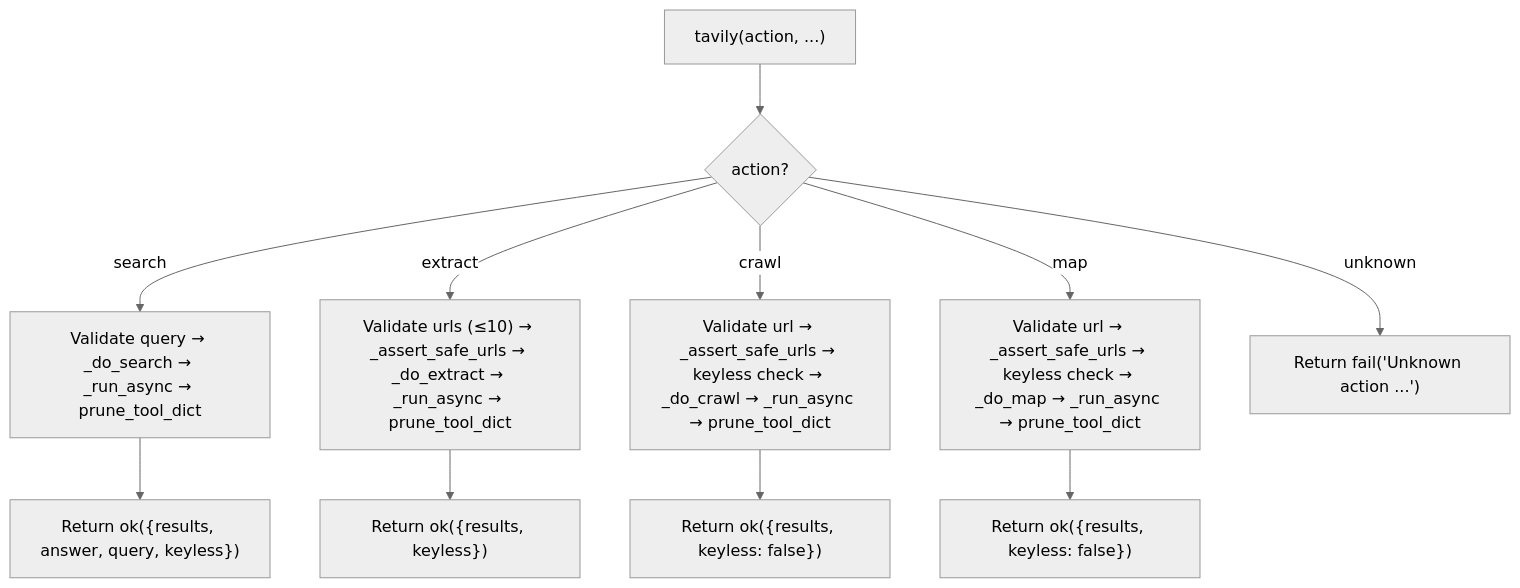
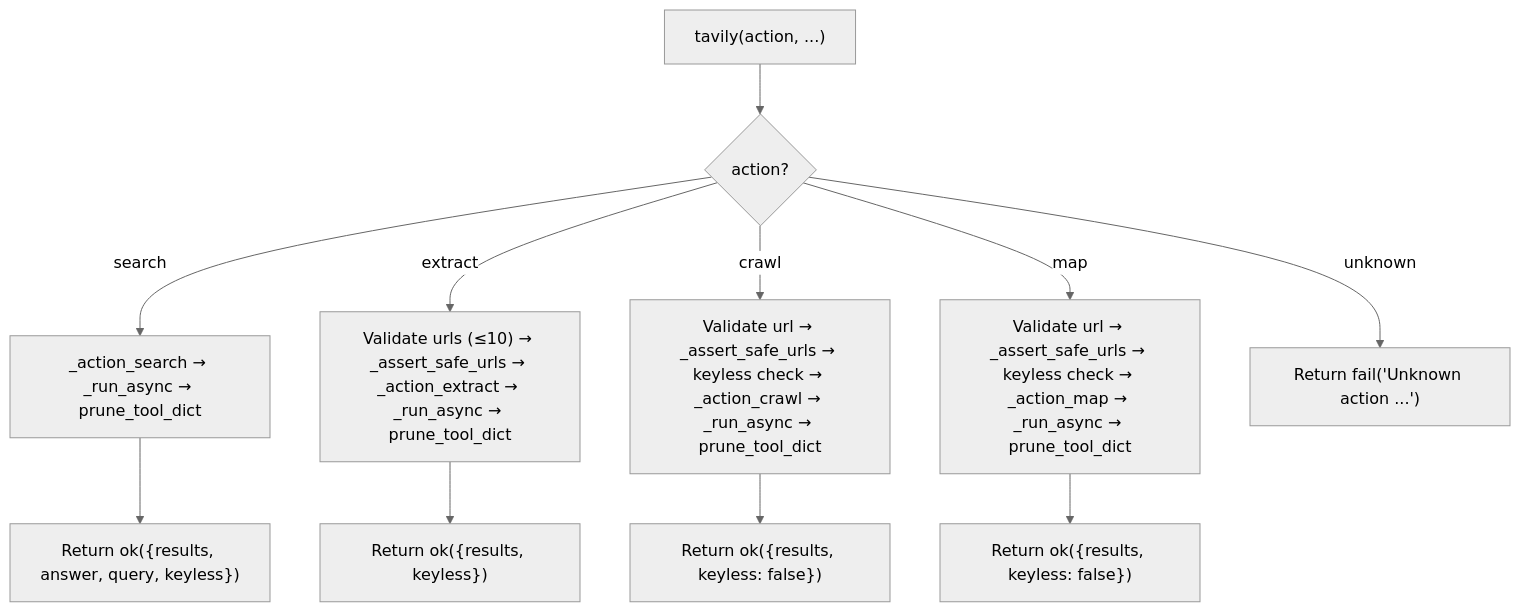
The diagram in docs/tools/TAVILY.md (brunogcar/agent), drawn with Mermaid (neutral theme) before and after one commit. The commit also changed other lines of this file and 29 other files, not shown here.

````diff
--- a/docs/tools/TAVILY.md
+++ b/docs/tools/TAVILY.md
@@ -58,13 +74,13 @@
 ```mermaid
 graph TD
- A["tavily(action, ...)"] --> B{"action?"}
- B -->|search| C["Validate query → _do_search → _run_async → prune_tool_dict"]
- B -->|extract| D["Validate urls (≤10) → _assert_safe_urls → _do_extract → _run_async → prune_tool_dict"]
- B -->|crawl| E["Validate url → _assert_safe_urls → keyless check → _do_crawl → _run_async → prune_tool_dict"]
- B -->|map| F["Validate url → _assert_safe_urls → keyless check → _do_map → _run_async → prune_tool_dict"]
- B -->|unknown| G["Return fail('Unknown action ...')"]
- C --> H["Return ok({results, answer, query, keyless})"]
- D --> I["Return ok({results, keyless})"]
- E --> J["Return ok({results, keyless: false})"]
- F --> K["Return ok({results, keyless: false})"]
+  A["tavily(action, ...)"] --> B{"action?"}
+  B -->|search| C["_action_search → _run_async → prune_tool_dict"]
+  B -->|extract| D["Validate urls (≤10) → _assert_safe_urls → _action_extract → _run_async → prune_tool_dict"]
+  B -->|crawl| E["Validate url → _assert_safe_urls → keyless check → _action_crawl → _run_async → prune_tool_dict"]
+  B -->|map| F["Validate url → _assert_safe_urls → keyless check → _action_map → _run_async → prune_tool_dict"]
+  B -->|unknown| G["Return fail('Unknown action ...')"]
+  C --> H["Return ok({results, answer, query, keyless})"]
+  D --> I["Return ok({results, keyless})"]
+  E --> J["Return ok({results, keyless: false})"]
+  F --> K["Return ok({results, keyless: false})"]
 ```
````
